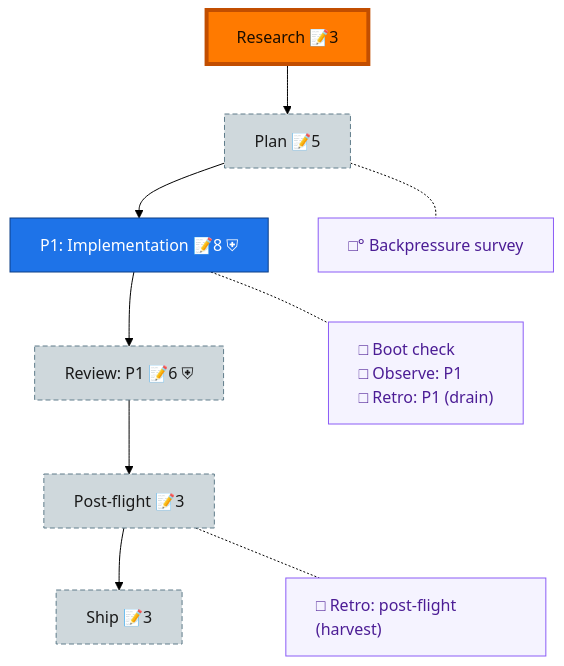
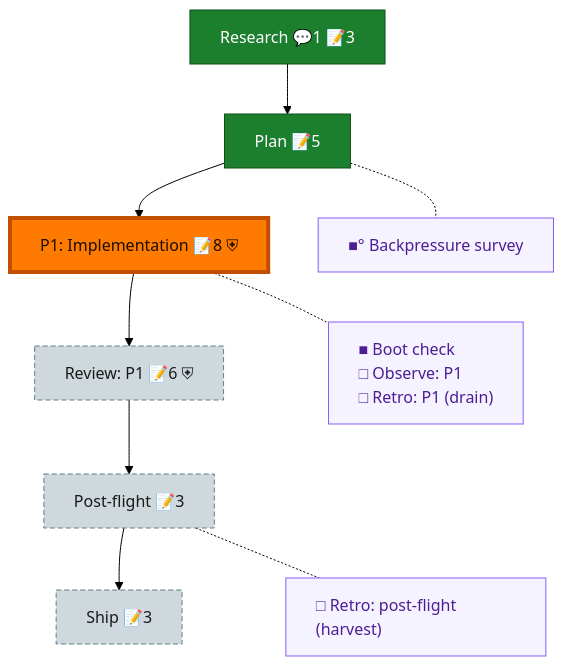
The diagram in docs/plans/003-knob-lag/the-flow.md (vaughanknight/bluos-knob), drawn with Mermaid (forest theme) before and after one commit. The commit also changed other lines of this file and 10 other files, not shown here.

````diff
--- a/docs/plans/003-knob-lag/the-flow.md
+++ b/docs/plans/003-knob-lag/the-flow.md
@@ -8,30 +8,30 @@
 ```mermaid
 flowchart TD
-    research["Research 📝3"]:::wip
-    plan["Plan 📝5"]:::assumed
-    phase_1["P1: Implementation 📝8 ⛨"]:::known
+    research["Research 💬1 📝3"]:::done
+    plan["Plan 📝5"]:::done
+    phase_1["P1: Implementation 📝8 ⛨"]:::wip
     review_1["Review: P1 📝6 ⛨"]:::assumed
     post_flight["Post-flight 📝3"]:::assumed
     ship["Ship 📝3"]:::assumed
 
     research --> plan --> phase_1 --> review_1 --> post_flight --> ship
 
-    planC["□° Backpressure survey"]:::chore
-    phase_1C["□ Boot check<br/>□ Observe: P1<br/>□ Retro: P1 (drain)"]:::chore
+    planC["■° Backpressure survey"]:::chore
+    phase_1C["■ Boot check<br/>□ Observe: P1<br/>□ Retro: P1 (drain)"]:::chore
     post_flightC["□ Retro: post-flight (harvest)"]:::chore
 
     %% invisible chain holds the gutter boxes in their own column
     planC ~~~ phase_1C ~~~ post_flightC
 
     %% dotted links pull each gutter box beside its node
     plan -.- planC
     phase_1 -.- phase_1C
     post_flight -.- post_flightC
 
+    classDef done fill:#1B7F2E,stroke:#0F4F1B,color:#fff;
     classDef wip fill:#43C04A,stroke:#1B7F2E,color:#04210A;
-    classDef known fill:#1E73E8,stroke:#0D3F86,color:#fff;
     classDef assumed fill:#CFD8DC,stroke:#607D8B,color:#1a1a1a,stroke-dasharray:5 3;
     classDef chore fill:#f5f3ff,stroke:#8b5cf6,color:#4c1d95,text-align:left;
     classDef current fill:#FF7A00,stroke:#C24E00,color:#1a0e00,stroke-width:4px;
-    class research current;
+    class phase_1 current;
 ```
````
